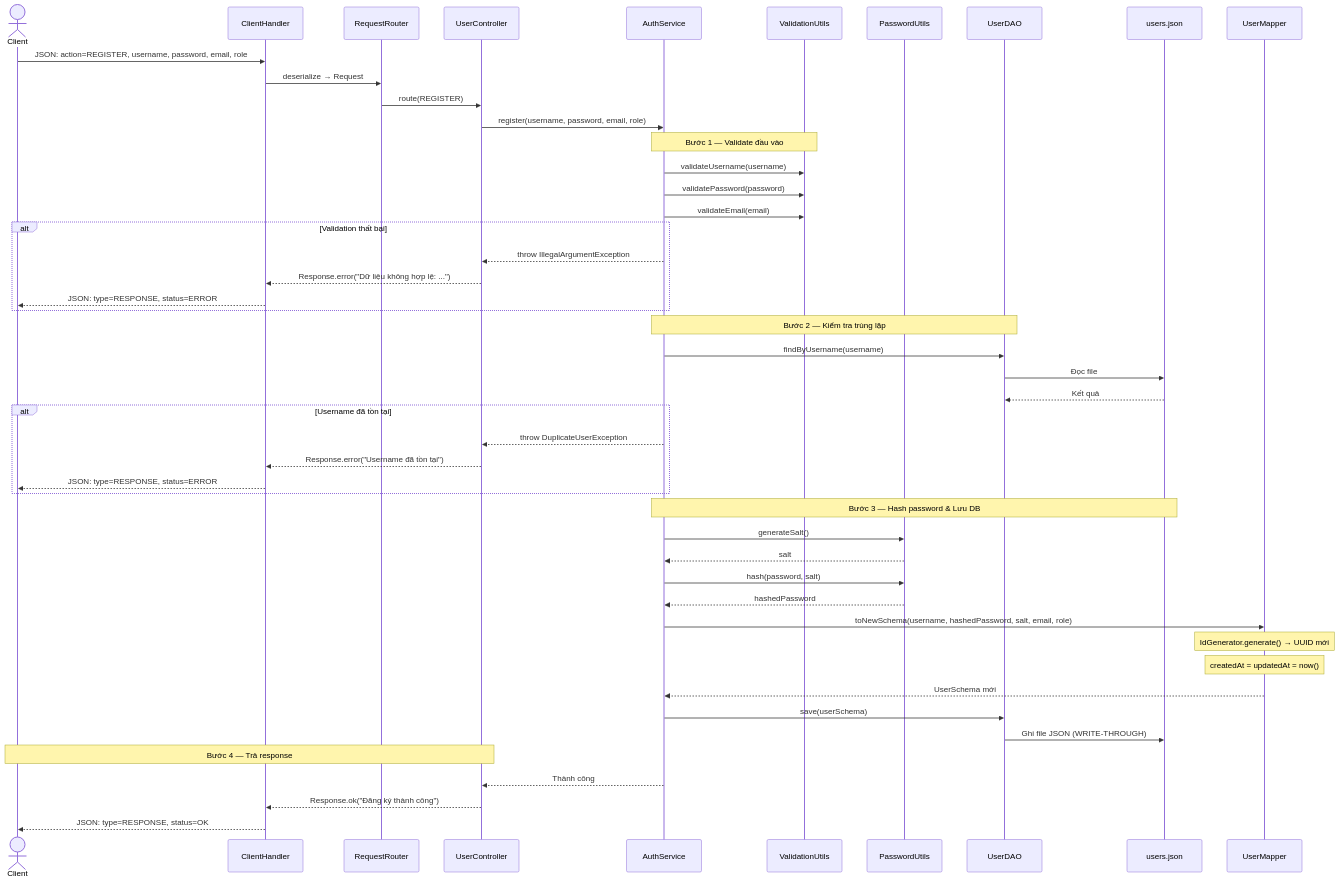
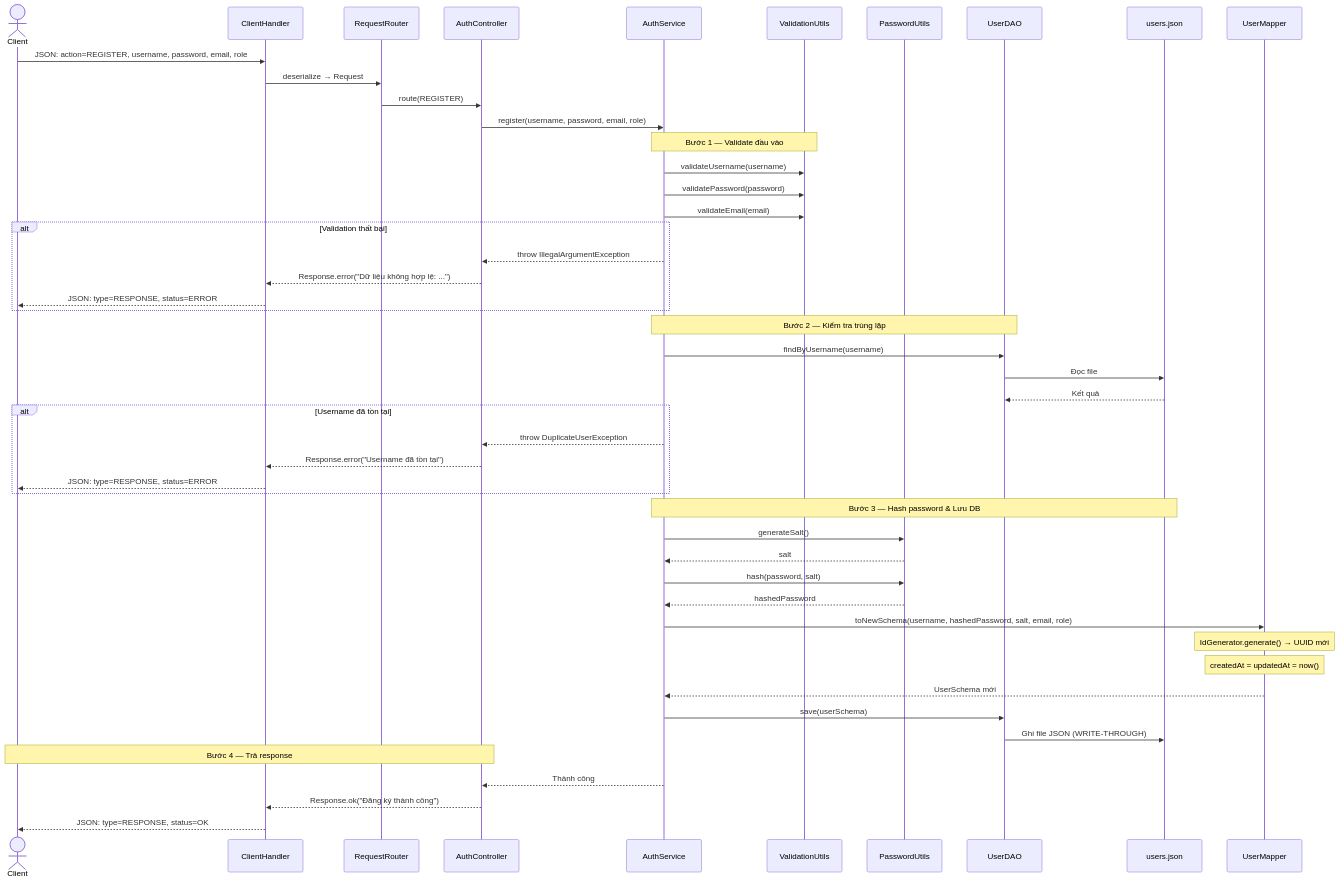
The second of 4 diagrams in docs/diagrams_flow_auth.md (iTCuong090/AuctionUET), drawn with Mermaid before and after one commit. The commit also changed other lines of this file and 107 other files, not shown here.

````diff
--- a/docs/diagrams_flow_auth.md
+++ b/docs/diagrams_flow_auth.md
@@ -72,57 +72,57 @@
 ```mermaid
 sequenceDiagram
     actor Client
     participant CH as ClientHandler
     participant RR as RequestRouter
-    participant UC as UserController
+    participant ATC as AuthController
     participant Auth as AuthService
     participant VU as ValidationUtils
     participant PU as PasswordUtils
     participant DAO as UserDAO
     participant JF as users.json
     participant Map as UserMapper
 
     Client->>CH: JSON: action=REGISTER, username, password, email, role
     CH->>RR: deserialize → Request
-    RR->>UC: route(REGISTER)
-    UC->>Auth: register(username, password, email, role)
+    RR->>ATC: route(REGISTER)
+    ATC->>Auth: register(username, password, email, role)
 
     Note over Auth,VU: Bước 1 — Validate đầu vào
     Auth->>VU: validateUsername(username)
     Auth->>VU: validatePassword(password)
     Auth->>VU: validateEmail(email)
 
     alt Validation thất bại
-        Auth-->>UC: throw IllegalArgumentException
-        UC-->>CH: Response.error("Dữ liệu không hợp lệ: ...")
+        Auth-->>ATC: throw IllegalArgumentException
+        ATC-->>CH: Response.error("Dữ liệu không hợp lệ: ...")
         CH-->>Client: JSON: type=RESPONSE, status=ERROR
     end
 
     Note over Auth,DAO: Bước 2 — Kiểm tra trùng lặp
     Auth->>DAO: findByUsername(username)
     DAO->>JF: Đọc file
     JF-->>DAO: Kết quả
 
     alt Username đã tồn tại
-        Auth-->>UC: throw DuplicateUserException
-        UC-->>CH: Response.error("Username đã tồn tại")
+        Auth-->>ATC: throw DuplicateUserException
+        ATC-->>CH: Response.error("Username đã tồn tại")
         CH-->>Client: JSON: type=RESPONSE, status=ERROR
     end
 
     Note over Auth,JF: Bước 3 — Hash password & Lưu DB
     Auth->>PU: generateSalt()
     PU-->>Auth: salt
     Auth->>PU: hash(password, salt)
     PU-->>Auth: hashedPassword
     Auth->>Map: toNewSchema(username, hashedPassword, salt, email, role)
     Note over Map: IdGenerator.generate() → UUID mới
     Note over Map: createdAt = updatedAt = now()
     Map-->>Auth: UserSchema mới
     Auth->>DAO: save(userSchema)
     DAO->>JF: Ghi file JSON (WRITE-THROUGH)
 
-    Note over UC,Client: Bước 4 — Trả response
-    Auth-->>UC: Thành công
-    UC-->>CH: Response.ok("Đăng ký thành công")
+    Note over ATC,Client: Bước 4 — Trả response
+    Auth-->>ATC: Thành công
+    ATC-->>CH: Response.ok("Đăng ký thành công")
     CH-->>Client: JSON: type=RESPONSE, status=OK
 ```
````
